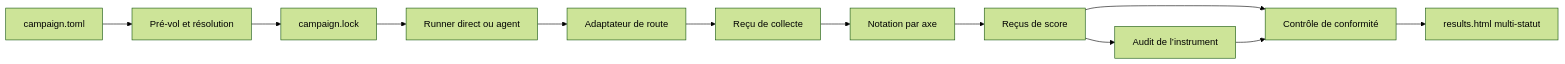
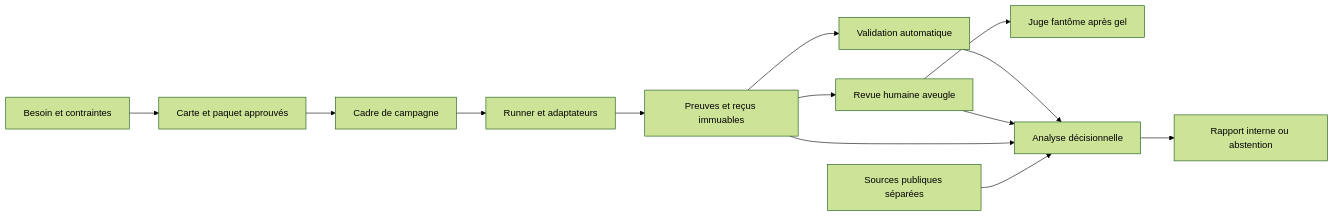
The diagram in docs/ARD.md (ayoahha/benchmark-lab-x), drawn with Mermaid (forest theme) before and after one commit. The commit also changed other lines of this file and 17 other files, not shown here.

````diff
--- a/docs/ARD.md
+++ b/docs/ARD.md
@@ -169,14 +106,15 @@
 ```mermaid
 flowchart LR
-    A["campaign.toml"] --> B["Pré-vol et résolution"]
-    B --> C["campaign.lock"]
-    C --> D["Runner direct ou agent"]
-    D --> E["Adaptateur de route"]
-    E --> F["Reçu de collecte"]
-    F --> G["Notation par axe"]
-    G --> H["Reçus de score"]
-    H --> I["Contrôle de conformité"]
-    I --> J["results.html multi-statut"]
-    H --> K["Audit de l’instrument"]
-    K --> I
+    A["Besoin et contraintes"] --> B["Carte et paquet approuvés"]
+    B --> C["Cadre de campagne"]
+    C --> D["Runner et adaptateurs"]
+    D --> E["Preuves et reçus immuables"]
+    E --> F["Validation automatique"]
+    E --> G["Revue humaine aveugle"]
+    G --> H["Juge fantôme après gel"]
+    F --> I["Analyse décisionnelle"]
+    G --> I
+    E --> I
+    J["Sources publiques séparées"] --> I
+    I --> K["Rapport interne ou abstention"]
 ```
````
